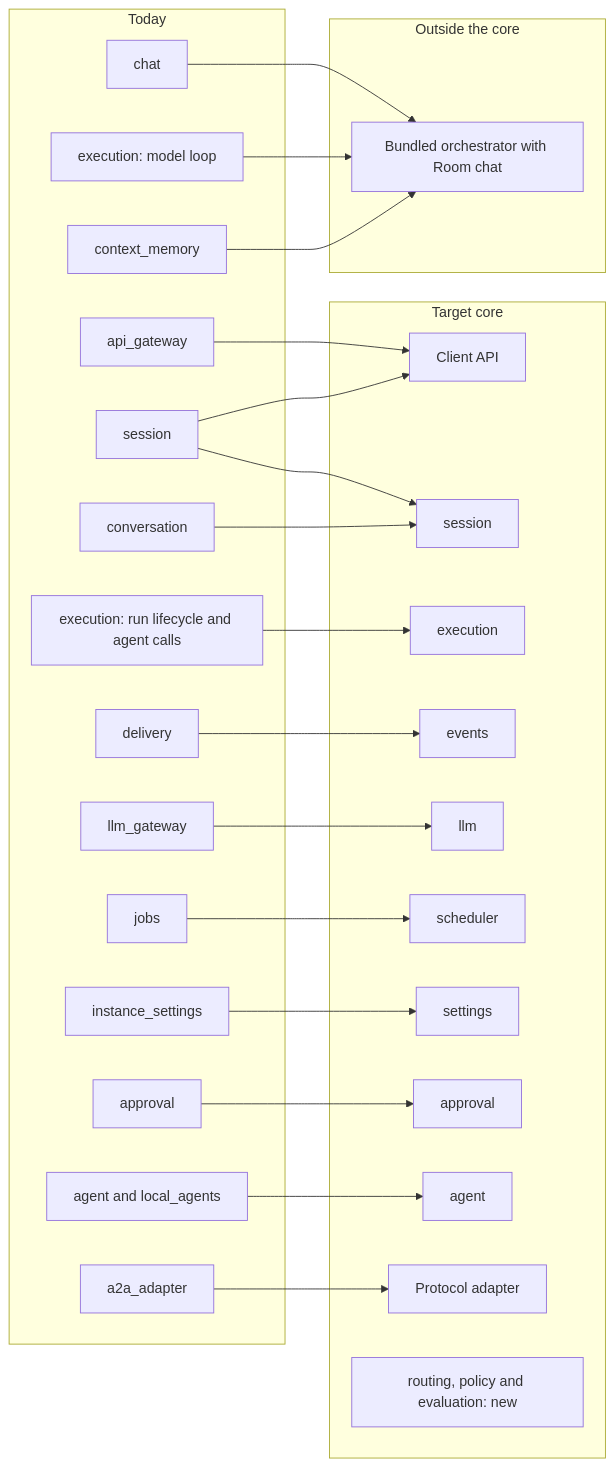
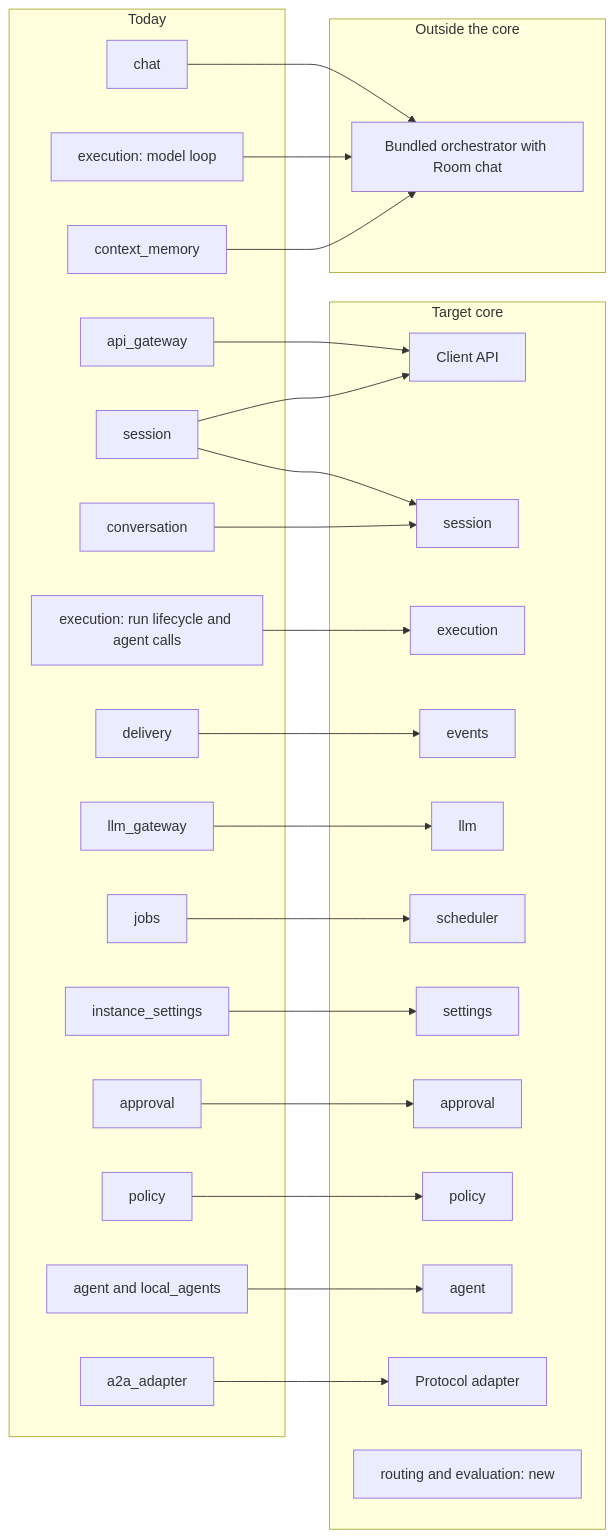
One commit to hybroai/hybro changed the third of 3 diagrams in docs/design.md. Above: the diagram before and after it, drawn with Mermaid. The commit also changed other lines of this file, not shown here.

````diff
--- a/docs/design.md
+++ b/docs/design.md
@@ -655,53 +677,56 @@
 ```mermaid
 flowchart LR
     subgraph today["Today"]
         t_api["api_gateway"]
         t_session["session"]
         t_conv["conversation"]
         t_run["execution: run lifecycle and agent calls"]
         t_delivery["delivery"]
         t_llm["llm_gateway"]
         t_jobs["jobs"]
         t_settings["instance_settings"]
         t_approval["approval"]
+        t_policy["policy"]
         t_agent["agent and local_agents"]
         t_a2a["a2a_adapter"]
         t_chat["chat"]
         t_loop["execution: model loop"]
         t_ctx["context_memory"]
     end
 
     subgraph target["Target core"]
         n_api["Client API"]
         n_session["session"]
         n_exec["execution"]
         n_events["events"]
         n_llm["llm"]
         n_sched["scheduler"]
         n_settings["settings"]
         n_approval["approval"]
+        n_policy["policy"]
         n_agent["agent"]
         n_adapter["Protocol adapter"]
-        n_new["routing, policy and evaluation: new"]
+        n_new["routing and evaluation: new"]
     end
 
     subgraph outside["Outside the core"]
         o_orch["Bundled orchestrator with Room chat"]
     end
 
     t_api --> n_api
     t_session --> n_api
     t_session --> n_session
     t_conv --> n_session
     t_run --> n_exec
     t_delivery --> n_events
     t_llm --> n_llm
     t_jobs --> n_sched
     t_settings --> n_settings
     t_approval --> n_approval
+    t_policy --> n_policy
     t_agent --> n_agent
     t_a2a --> n_adapter
     t_chat --> o_orch
     t_loop --> o_orch
     t_ctx --> o_orch
 ```
````
